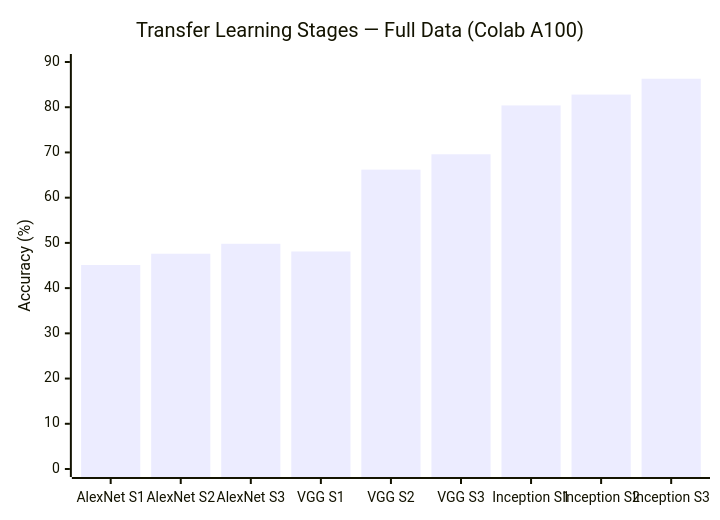
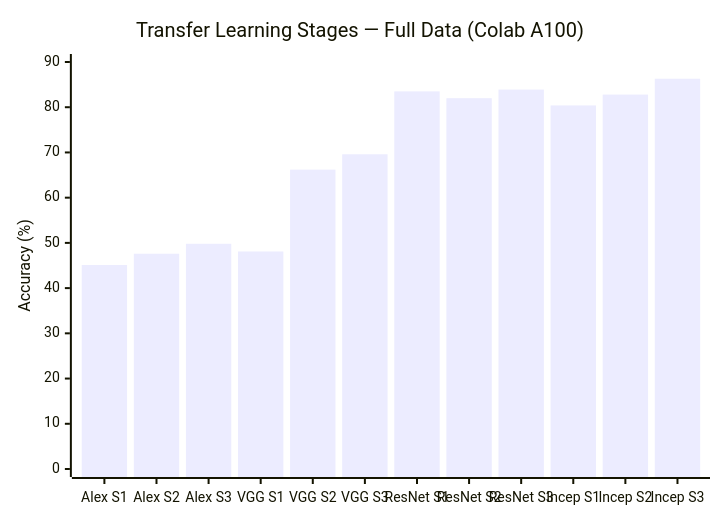
Before and after one commit to hadarwayn/L41-Which-dog-are-you-: diagram 19 of 31 in README.md, drawn with Mermaid. The commit also changed other lines of this file, not shown here.

First line of the commit message:
docs(readme): Update with ResNet-50 full results — 83.9% accuracy

````diff
--- a/README.md
+++ b/README.md
@@ -464,7 +464,7 @@
 ```mermaid
 xychart-beta
     title "Transfer Learning Stages — Full Data (Colab A100)"
-    x-axis ["AlexNet S1", "AlexNet S2", "AlexNet S3", "VGG S1", "VGG S2", "VGG S3", "Inception S1", "Inception S2", "Inception S3"]
+    x-axis ["Alex S1", "Alex S2", "Alex S3", "VGG S1", "VGG S2", "VGG S3", "ResNet S1", "ResNet S2", "ResNet S3", "Incep S1", "Incep S2", "Incep S3"]
     y-axis "Accuracy (%)" 0 --> 90
-    bar [45.1, 47.6, 49.8, 48.1, 66.2, 69.6, 80.4, 82.8, 86.3]
+    bar [45.1, 47.6, 49.8, 48.1, 66.2, 69.6, 83.5, 82.0, 83.9, 80.4, 82.8, 86.3]
 ```
````
